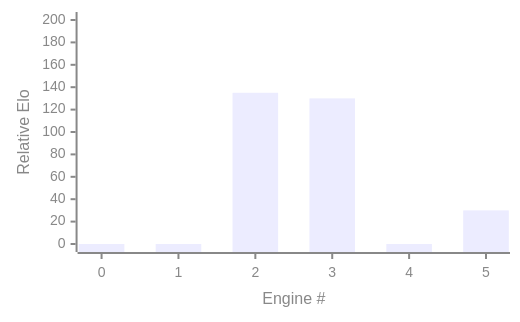
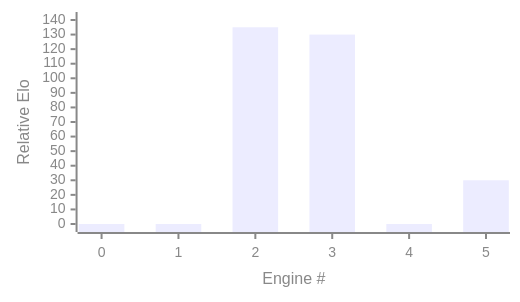
Before and after one commit to op12no2/patchwork: the diagram in README.md, drawn with Mermaid.

Commit message:
add a mermaid plot

````diff
--- a/README.md
+++ b/README.md
@@ -18,23 +18,23 @@
 ```mermaid
 ---
 config:
   xyChart:
     width: 500
-    height: 300
+    height: 280
   themeVariables:
     xyChart:
       titleColor: "#888888"
       xAxisLabelColor: "#888888"
       xAxisTitleColor: "#888888"
       xAxisTickColor: "#888888"
       xAxisLineColor: "#888888"
       yAxisLabelColor: "#888888"
       yAxisTitleColor: "#888888"
       yAxisTickColor: "#888888"
       yAxisLineColor: "#888888"
 ---
 xychart
   x-axis "Engine #" [0, 1, 2, 3, 4, 5]
-  y-axis "Relative Elo" 0 --> 200
+  y-axis "Relative Elo" 0 --> 140
   bar [0, 0, 135, 130, 0, 30]
 ```
````
